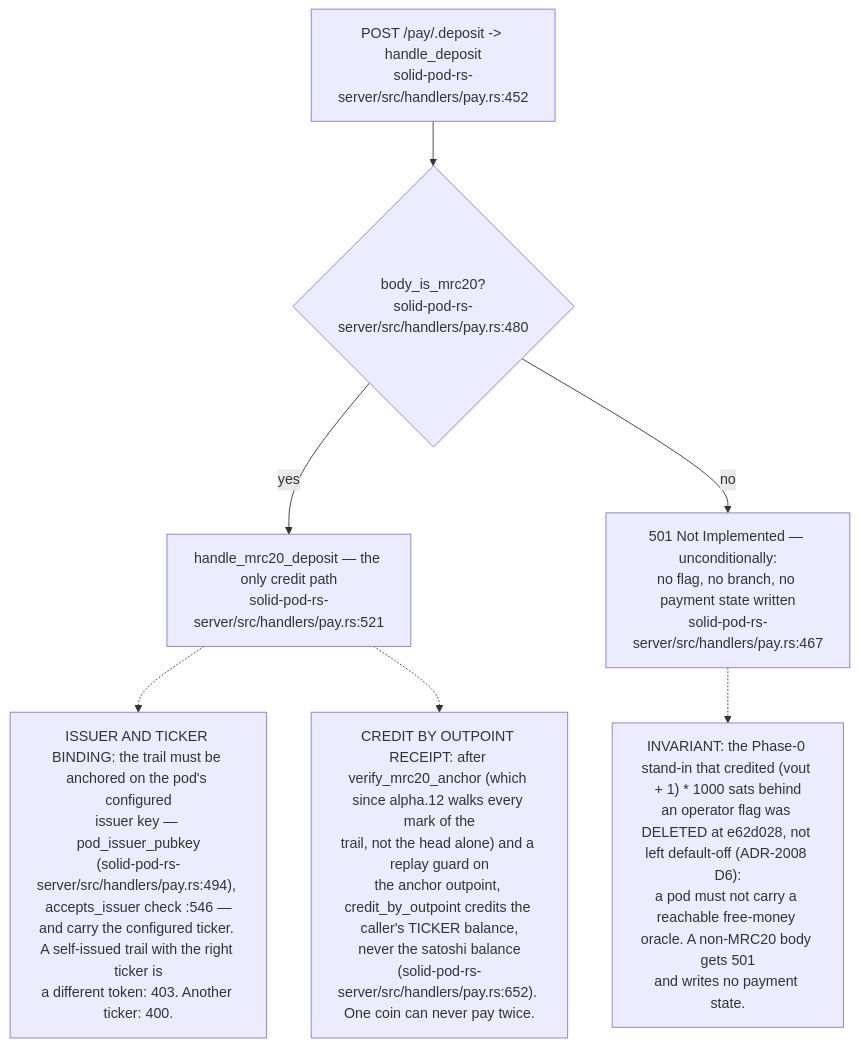
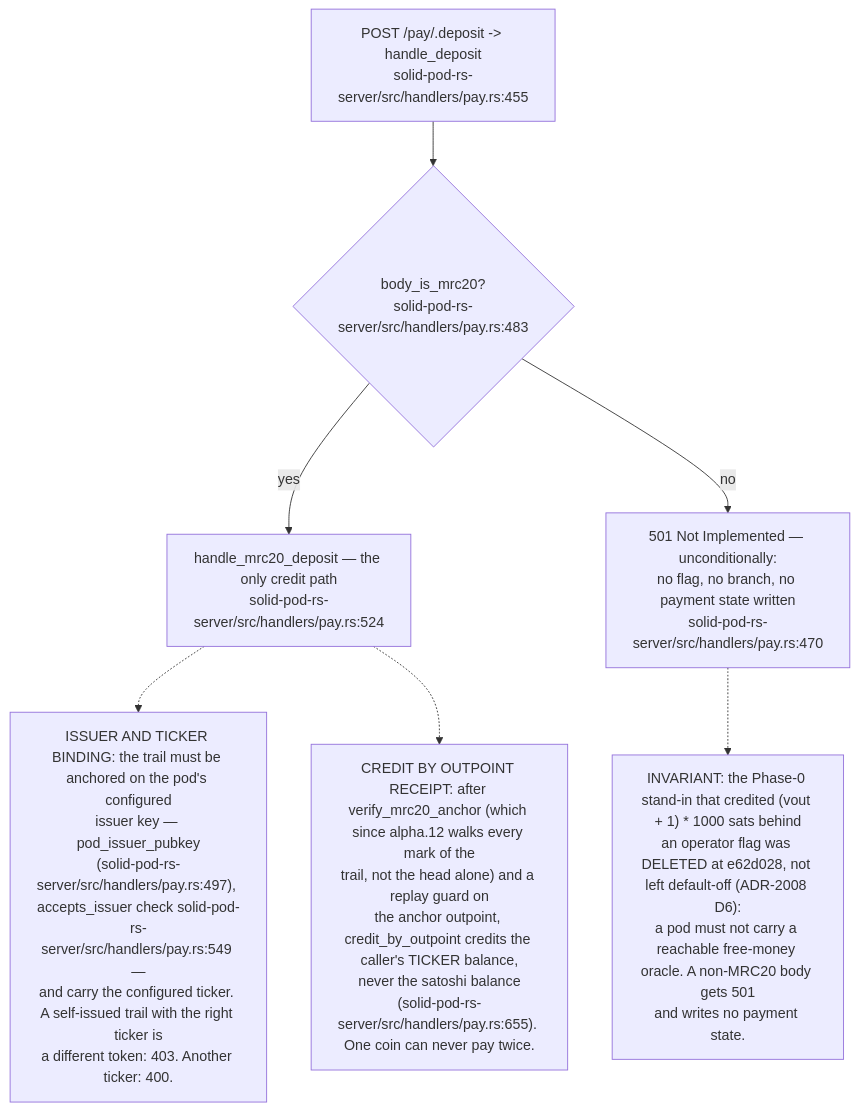
Diagram 16 of 19 in docs/diagrams/solid-pod-rs/07-provenance-and-payments.md (DreamLab-AI/VisionFlow), drawn with Mermaid before and after one commit. The commit also changed other lines of this file and 160 other files, not shown here.

````diff
--- a/docs/diagrams/solid-pod-rs/07-provenance-and-payments.md
+++ b/docs/diagrams/solid-pod-rs/07-provenance-and-payments.md
@@ -503,18 +515,18 @@
 ```mermaid
 flowchart TD
-    IN["POST /pay/.deposit -> handle_deposit<br/>solid-pod-rs-server/src/handlers/pay.rs:452"]
-    SNIFF{"body_is_mrc20?<br/>solid-pod-rs-server/src/handlers/pay.rs:480"}
-    MRC["handle_mrc20_deposit — the only credit path<br/>solid-pod-rs-server/src/handlers/pay.rs:521"]
-    R501["501 Not Implemented — unconditionally:<br/>no flag, no branch, no payment state written<br/>solid-pod-rs-server/src/handlers/pay.rs:467"]
+    IN["POST /pay/.deposit -> handle_deposit<br/>solid-pod-rs-server/src/handlers/pay.rs:455"]
+    SNIFF{"body_is_mrc20?<br/>solid-pod-rs-server/src/handlers/pay.rs:483"}
+    MRC["handle_mrc20_deposit — the only credit path<br/>solid-pod-rs-server/src/handlers/pay.rs:524"]
+    R501["501 Not Implemented — unconditionally:<br/>no flag, no branch, no payment state written<br/>solid-pod-rs-server/src/handlers/pay.rs:470"]
 
     IN --> SNIFF
     SNIFF -- yes --> MRC
     SNIFF -- no --> R501
 
     N["INVARIANT: the Phase-0 stand-in that credited (vout + 1) * 1000 sats behind<br/>an operator flag was DELETED at e62d028, not left default-off (ADR-2008 D6):<br/>a pod must not carry a reachable free-money oracle. A non-MRC20 body gets 501<br/>and writes no payment state."]
     R501 -.-> N
-    N2["ISSUER AND TICKER BINDING: the trail must be anchored on the pod's configured<br/>issuer key — pod_issuer_pubkey<br/>(solid-pod-rs-server/src/handlers/pay.rs:494), accepts_issuer check :546 —<br/>and carry the configured ticker. A self-issued trail with the right ticker is<br/>a different token: 403. Another ticker: 400."]
+    N2["ISSUER AND TICKER BINDING: the trail must be anchored on the pod's configured<br/>issuer key — pod_issuer_pubkey<br/>(solid-pod-rs-server/src/handlers/pay.rs:497), accepts_issuer check solid-pod-rs-server/src/handlers/pay.rs:549 —<br/>and carry the configured ticker. A self-issued trail with the right ticker is<br/>a different token: 403. Another ticker: 400."]
     MRC -.-> N2
-    N3["CREDIT BY OUTPOINT RECEIPT: after verify_mrc20_anchor (which since alpha.12 walks every mark of the<br/>trail, not the head alone) and a replay guard on<br/>the anchor outpoint, credit_by_outpoint credits the caller's TICKER balance,<br/>never the satoshi balance<br/>(solid-pod-rs-server/src/handlers/pay.rs:652). One coin can never pay twice."]
+    N3["CREDIT BY OUTPOINT RECEIPT: after verify_mrc20_anchor (which since alpha.12 walks every mark of the<br/>trail, not the head alone) and a replay guard on<br/>the anchor outpoint, credit_by_outpoint credits the caller's TICKER balance,<br/>never the satoshi balance<br/>(solid-pod-rs-server/src/handlers/pay.rs:655). One coin can never pay twice."]
     MRC -.-> N3
 ```
````
